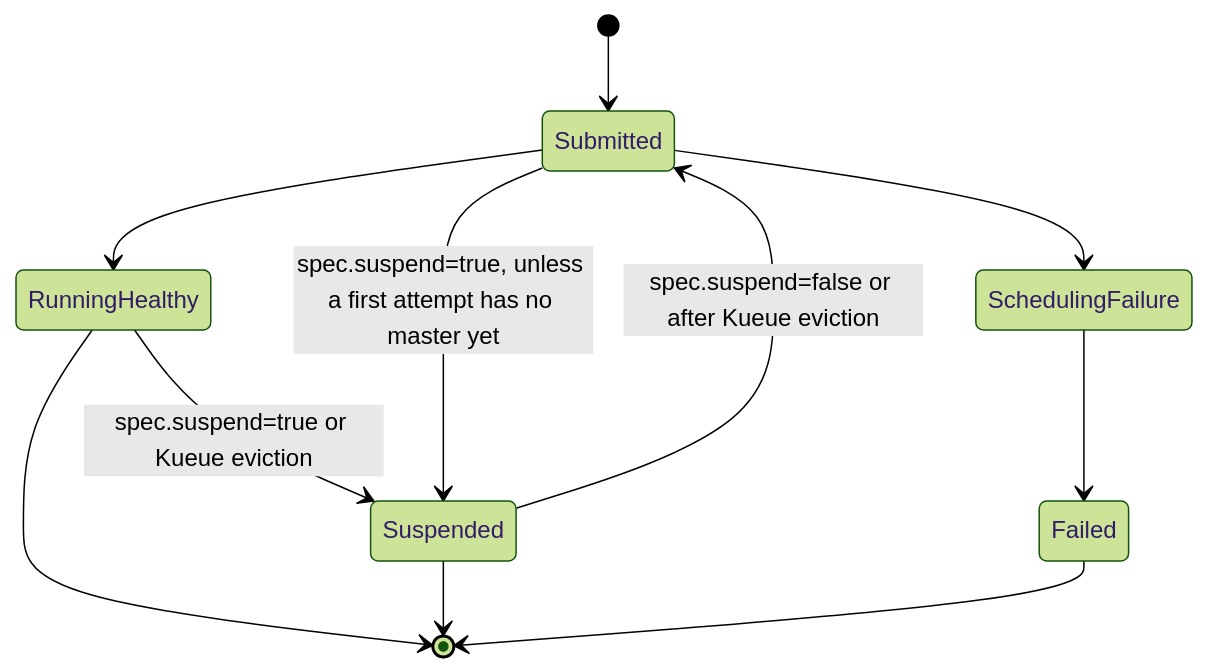
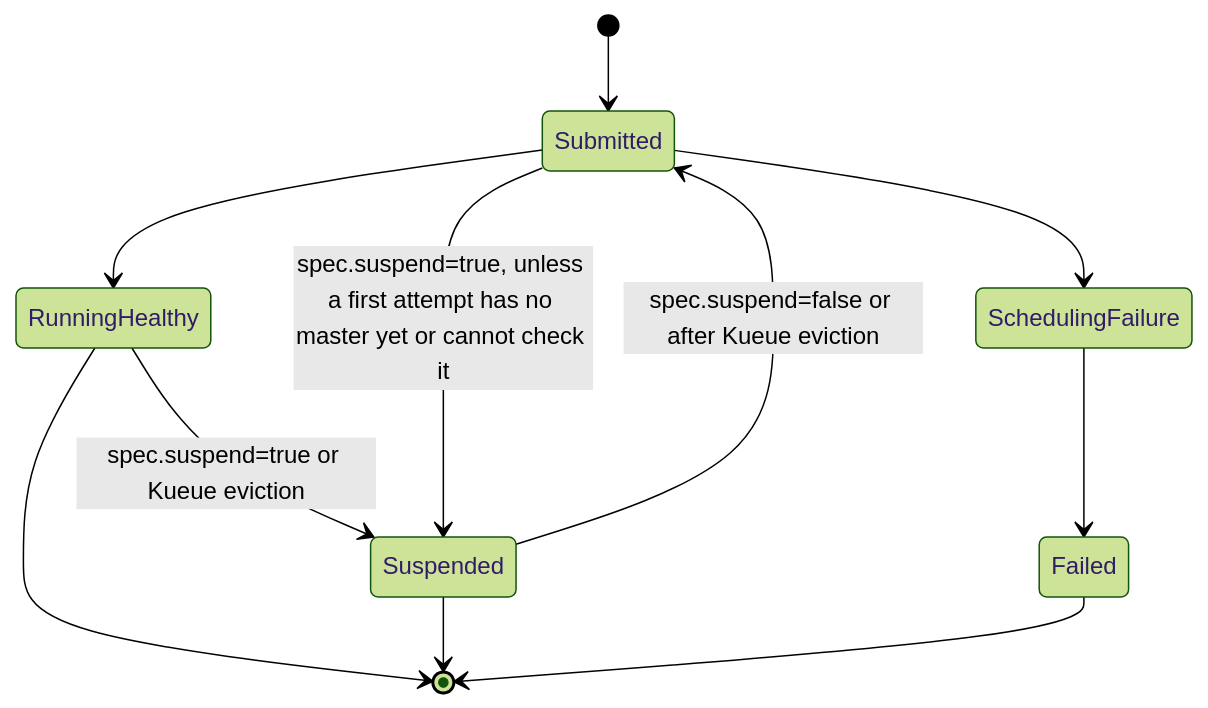
One commit to apache/spark-kubernetes-operator changed the third of 3 diagrams in docs/architecture.md. Above: the diagram before and after it, drawn with Mermaid (forest theme). The commit also changed 6 other files, not shown here.

````diff
--- a/docs/architecture.md
+++ b/docs/architecture.md
@@ -204,18 +204,18 @@
 ```mermaid
 stateDiagram-v2
 
     [*] --> Submitted
 
     Submitted --> RunningHealthy
     Submitted --> SchedulingFailure
 
     SchedulingFailure --> Failed
 
     RunningHealthy --> Suspended : spec.suspend=true or Kueue eviction
     Suspended --> Submitted : spec.suspend=false or after Kueue eviction
-    Submitted --> Suspended : spec.suspend=true, unless a first attempt has no master yet
+    Submitted --> Suspended : spec.suspend=true, unless a first attempt has no master yet or cannot check it
 
     RunningHealthy --> [*]
     Suspended --> [*]
     Failed --> [*]
 ```
````
